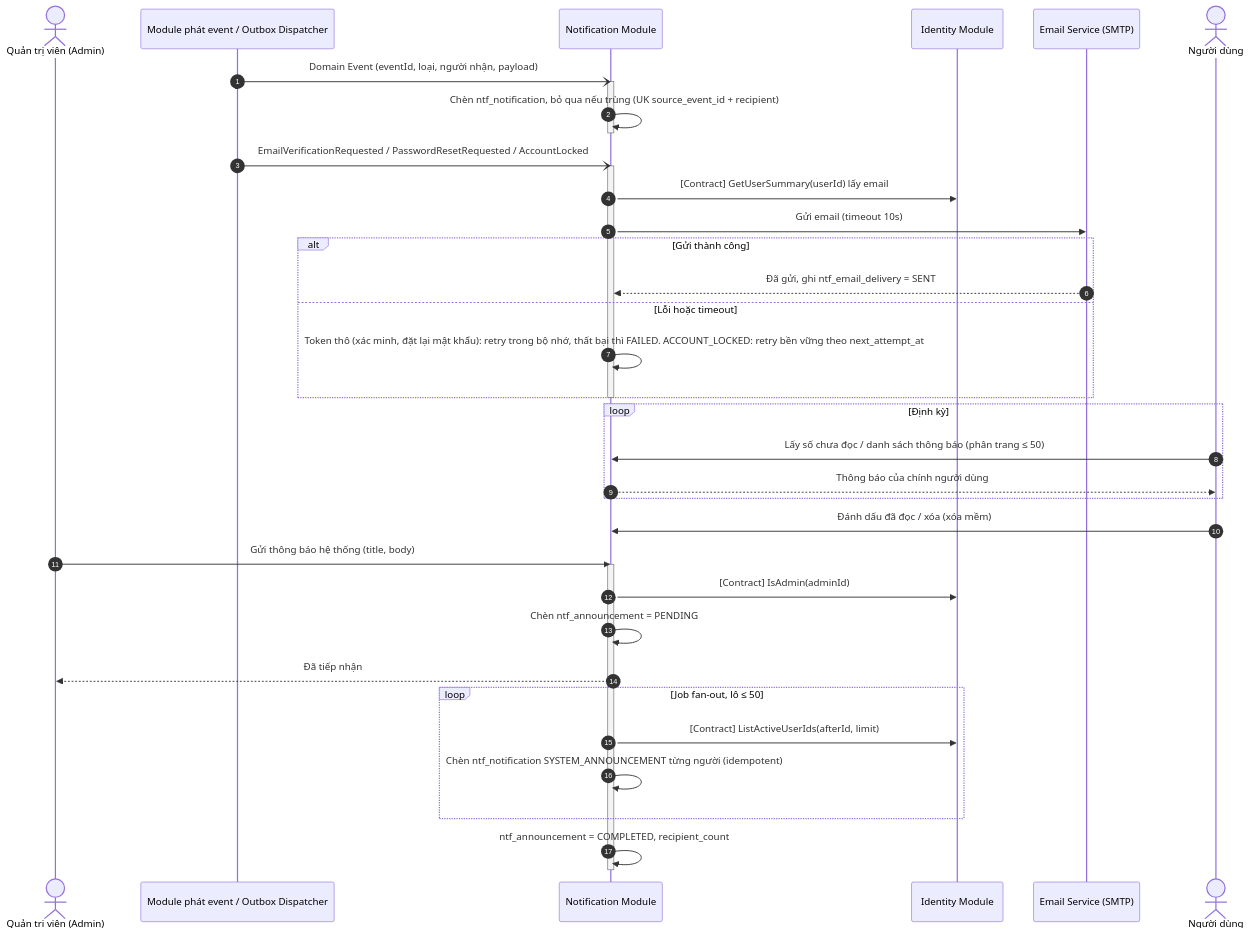
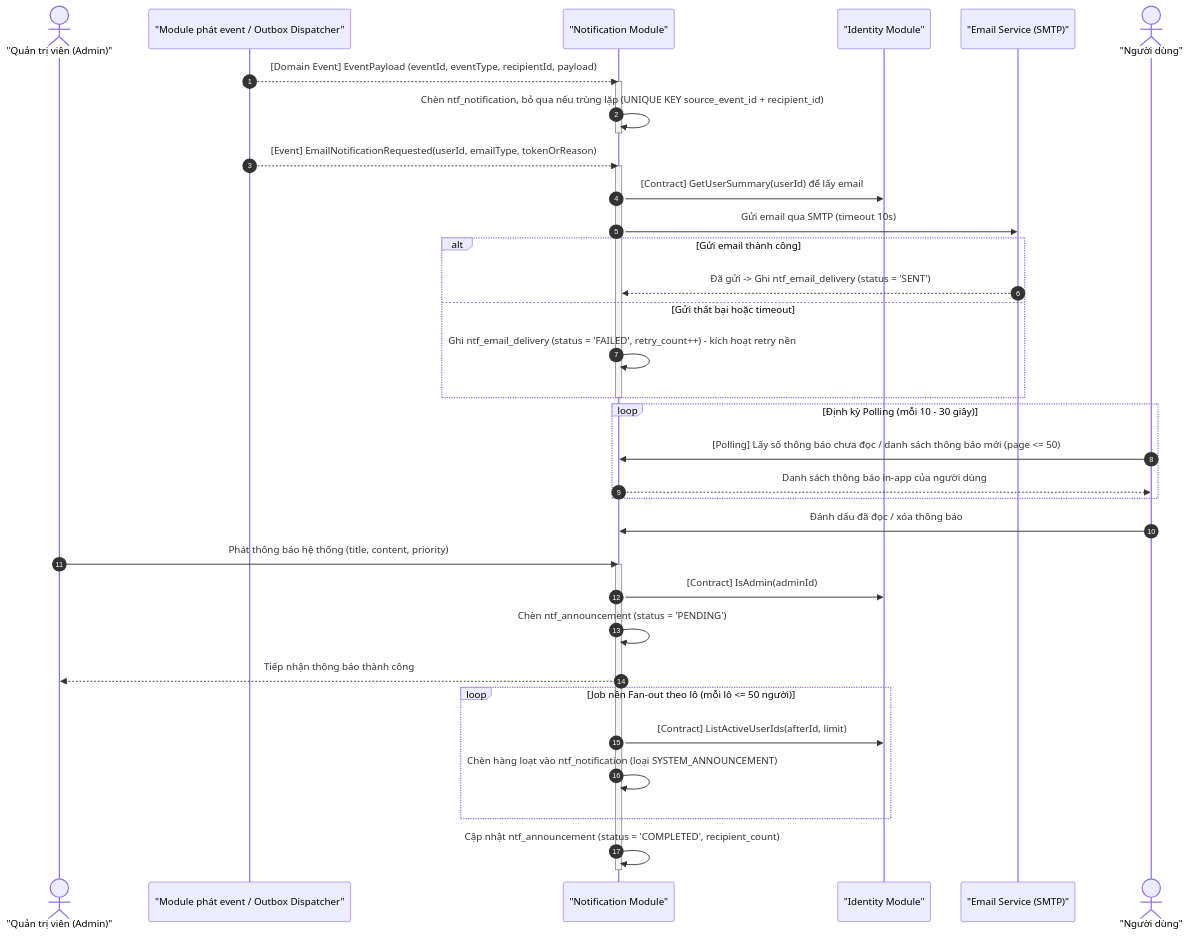
Before and after one commit to buithienbao2402/BrainMemo-ModularMonolith: the ninth of 11 diagrams in docs/SEQUENCE_DIAGRAMS.md, drawn with Mermaid. The commit also changed other lines of this file, not shown here.

````diff
--- a/docs/SEQUENCE_DIAGRAMS.md
+++ b/docs/SEQUENCE_DIAGRAMS.md
@@ -390,48 +432,48 @@
 ```mermaid
 sequenceDiagram
     autonumber
-    actor Admin as Quản trị viên (Admin)
-    participant Source as Module phát event / Outbox Dispatcher
-    participant Notification as Notification Module
-    participant Identity as Identity Module
-    participant Email as Email Service (SMTP)
-    actor User as Người dùng
+    actor Admin as "Quản trị viên (Admin)"
+    participant Source as "Module phát event / Outbox Dispatcher"
+    participant Notification as "Notification Module"
+    participant Identity as "Identity Module"
+    participant Email as "Email Service (SMTP)"
+    actor User as "Người dùng"
 
-    %% Nhánh 1: thông báo in-app từ event
-    Source-)Notification: Domain Event (eventId, loại, người nhận, payload)
+    %% Nhánh 1: Tiếp nhận Domain Event tạo thông báo in-app
+    Source-->>Notification: [Domain Event] EventPayload (eventId, eventType, recipientId, payload)
     activate Notification
-    Notification->>Notification: Chèn ntf_notification, bỏ qua nếu trùng (UK source_event_id + recipient)
+    Notification->>Notification: Chèn ntf_notification, bỏ qua nếu trùng lặp (UNIQUE KEY source_event_id + recipient_id)
     deactivate Notification
 
-    %% Nhánh 2: email (chỉ 3 loại)
-    Source-)Notification: EmailVerificationRequested / PasswordResetRequested / AccountLocked
+    %% Nhánh 2: Xử lý hàng đợi gửi Email (3 loại: Verify Email, Reset Password, Account Locked)
+    Source-->>Notification: [Event] EmailNotificationRequested(userId, emailType, tokenOrReason)
     activate Notification
-    Notification->>Identity: [Contract] GetUserSummary(userId) lấy email
-    Notification->>Email: Gửi email (timeout 10s)
-    alt Gửi thành công
-        Email-->>Notification: Đã gửi, ghi ntf_email_delivery = SENT
-    else Lỗi hoặc timeout
-        Notification->>Notification: Token thô (xác minh, đặt lại mật khẩu): retry trong bộ nhớ, thất bại thì FAILED. ACCOUNT_LOCKED: retry bền vững theo next_attempt_at
+    Notification->>Identity: [Contract] GetUserSummary(userId) để lấy email
+    Notification->>Email: Gửi email qua SMTP (timeout 10s)
+    alt Gửi email thành công
+        Email-->>Notification: Đã gửi -> Ghi ntf_email_delivery (status = 'SENT')
+    else Gửi thất bại hoặc timeout
+        Notification->>Notification: Ghi ntf_email_delivery (status = 'FAILED', retry_count++) - kích hoạt retry nền
     end
     deactivate Notification
 
-    %% Nhánh 3: người dùng đọc thông báo (polling)
-    loop Định kỳ
-        User->>Notification: Lấy số chưa đọc / danh sách thông báo (phân trang ≤ 50)
-        Notification-->>User: Thông báo của chính người dùng
+    %% Nhánh 3: Người dùng đọc thông báo bằng cơ chế Polling (thay vì kết nối thời gian thực)
+    loop Định kỳ Polling (mỗi 10 - 30 giây)
+        User->>Notification: [Polling] Lấy số thông báo chưa đọc / danh sách thông báo mới (page <= 50)
+        Notification-->>User: Danh sách thông báo in-app của người dùng
     end
-    User->>Notification: Đánh dấu đã đọc / xóa (xóa mềm)
+    User->>Notification: Đánh dấu đã đọc / xóa thông báo
 
-    %% Nhánh 4: broadcast
-    Admin->>Notification: Gửi thông báo hệ thống (title, body)
+    %% Nhánh 4: Admin Broadcast phát loa toàn trường
+    Admin->>Notification: Phát thông báo hệ thống (title, content, priority)
     activate Notification
     Notification->>Identity: [Contract] IsAdmin(adminId)
-    Notification->>Notification: Chèn ntf_announcement = PENDING
-    Notification-->>Admin: Đã tiếp nhận
-    loop Job fan-out, lô ≤ 50
+    Notification->>Notification: Chèn ntf_announcement (status = 'PENDING')
+    Notification-->>Admin: Tiếp nhận thông báo thành công
+    loop Job nền Fan-out theo lô (mỗi lô  <=  50 người)
         Notification->>Identity: [Contract] ListActiveUserIds(afterId, limit)
-        Notification->>Notification: Chèn ntf_notification SYSTEM_ANNOUNCEMENT từng người (idempotent)
+        Notification->>Notification: Chèn hàng loạt vào ntf_notification (loại SYSTEM_ANNOUNCEMENT)
     end
-    Notification->>Notification: ntf_announcement = COMPLETED, recipient_count
+    Notification->>Notification: Cập nhật ntf_announcement (status = 'COMPLETED', recipient_count)
     deactivate Notification
 ```
````
